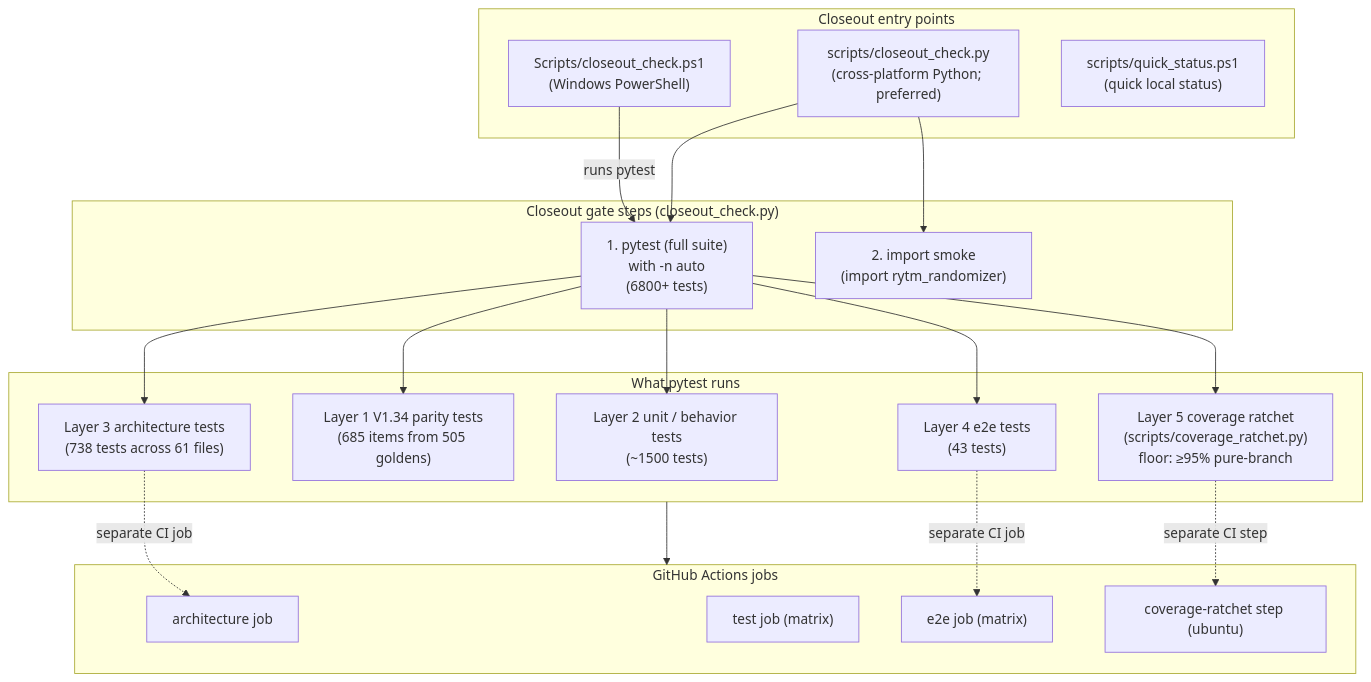
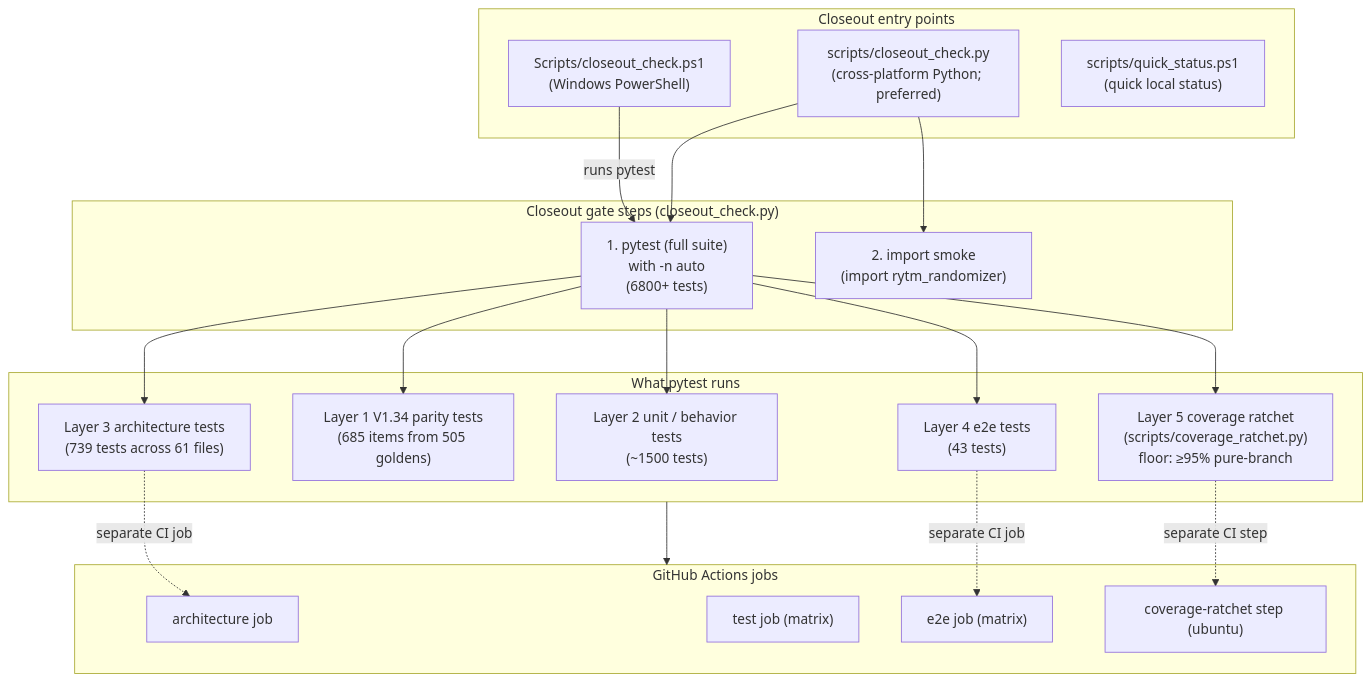
One commit to buzzijose-hub/RytmRandomizer changed diagram 24 of 34 in docs/ARCHITECTURE_DIAGRAMS.md. Above: the diagram before and after it, drawn with Mermaid. The commit also changed other lines of this file and 16 other files, not shown here.

````diff
--- a/docs/ARCHITECTURE_DIAGRAMS.md
+++ b/docs/ARCHITECTURE_DIAGRAMS.md
@@ -1768,43 +1771,43 @@
 ```mermaid
 flowchart TB
     subgraph Entry["Closeout entry points"]
         CloseoutPS1["Scripts/closeout_check.ps1<br/>(Windows PowerShell)"]
         CloseoutPy["scripts/closeout_check.py<br/>(cross-platform Python; preferred)"]
         QuickStatus["scripts/quick_status.ps1<br/>(quick local status)"]
     end
 
     subgraph GateSteps["Closeout gate steps (closeout_check.py)"]
         Step1["1. pytest (full suite)<br/>with -n auto<br/>(6800+ tests)"]
         Step2["2. import smoke<br/>(import rytm_randomizer)"]
     end
 
     subgraph PytestLayers["What pytest runs"]
         PassiveTests["Layer 2 unit / behavior tests<br/>(~1500 tests)"]
         ParityTests["Layer 1 V1.34 parity tests<br/>(685 items from 505 goldens)"]
-        ArchTests["Layer 3 architecture tests<br/>(738 tests across 61 files)"]
+        ArchTests["Layer 3 architecture tests<br/>(739 tests across 61 files)"]
         E2ETests["Layer 4 e2e tests<br/>(43 tests)"]
         CovStep["Layer 5 coverage ratchet<br/>(scripts/coverage_ratchet.py)<br/>floor: ≥95% pure-branch"]
     end
 
     subgraph CIJobs["GitHub Actions jobs"]
         CIArch["architecture job"]
         CITest["test job (matrix)"]
         CIE2E["e2e job (matrix)"]
         CIRatchet["coverage-ratchet step (ubuntu)"]
     end
 
     CloseoutPS1 -->|"runs pytest"| Step1
     CloseoutPy --> Step1
     CloseoutPy --> Step2
 
     Step1 --> PassiveTests
     Step1 --> ParityTests
     Step1 --> ArchTests
     Step1 --> E2ETests
     Step1 --> CovStep
 
     PytestLayers --> CIJobs
     ArchTests -.->|"separate CI job"| CIArch
     E2ETests -.->|"separate CI job"| CIE2E
     CovStep -.->|"separate CI step"| CIRatchet
 ```
````
